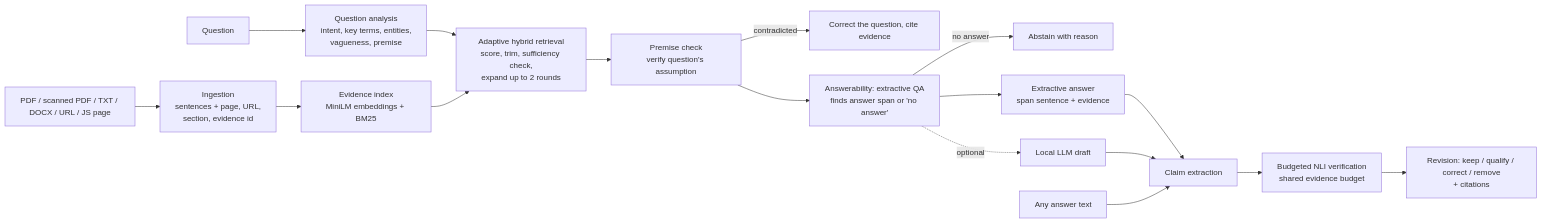
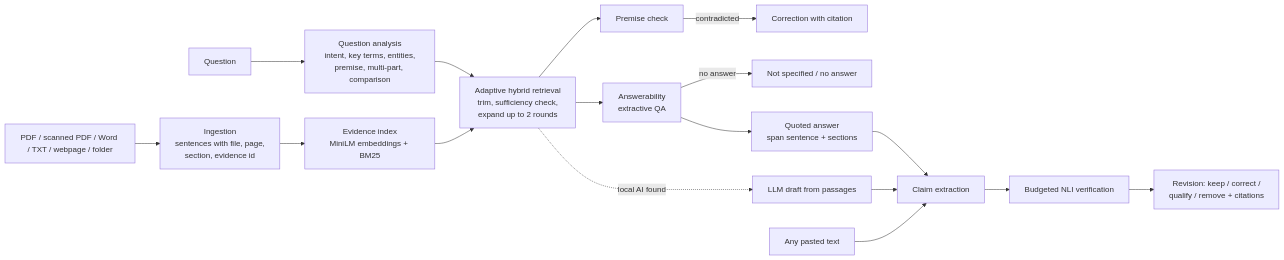
The diagram in README.md (manishreddy1767/claim-aware-adaptive-rag), drawn with Mermaid before and after one commit. The commit also changed other lines of this file and 2 other files, not shown here.

````diff
--- a/README.md
+++ b/README.md
@@ -94,19 +126,19 @@
 ```mermaid
 flowchart LR
-  A[PDF / scanned PDF / TXT / DOCX / URL / JS page] --> B[Ingestion<br/>sentences + page, URL,<br/>section, evidence id]
+  A[PDF / scanned PDF / Word / TXT / webpage / folder] --> B[Ingestion<br/>sentences with file, page,<br/>section, evidence id]
   B --> C[Evidence index<br/>MiniLM embeddings + BM25]
-  Q[Question] --> QA[Question analysis<br/>intent, key terms, entities,<br/>vagueness, premise]
-  QA --> R[Adaptive hybrid retrieval<br/>score, trim, sufficiency check,<br/>expand up to 2 rounds]
+  Q[Question] --> QA[Question analysis<br/>intent, key terms, entities,<br/>premise, multi-part, comparison]
+  QA --> R[Adaptive hybrid retrieval<br/>trim, sufficiency check,<br/>expand up to 2 rounds]
   C --> R
-  R --> P[Premise check<br/>verify question's assumption]
-  P -->|contradicted| Y[Correct the question, cite evidence]
-  P --> S[Answerability: extractive QA<br/>finds answer span or 'no answer']
-  S -->|no answer| X[Abstain with reason]
-  S --> G[Extractive answer<br/>span sentence + evidence]
-  S -.->|optional| L[Local LLM draft]
+  R --> P[Premise check]
+  P -->|contradicted| Y[Correction with citation]
+  R --> S[Answerability<br/>extractive QA]
+  S -->|no answer| X[Not specified / no answer]
+  S --> G[Quoted answer<br/>span sentence + sections]
+  R -.->|local AI found| L[LLM draft from passages]
   G --> K[Claim extraction]
   L --> K
-  T[Any answer text] --> K
-  K --> V[Budgeted NLI verification<br/>shared evidence budget]
-  V --> H[Revision: keep / qualify / correct / remove<br/>+ citations]
+  T[Any pasted text] --> K
+  K --> V[Budgeted NLI verification]
+  V --> H[Revision: keep / correct /<br/>qualify / remove + citations]
 ```
````
